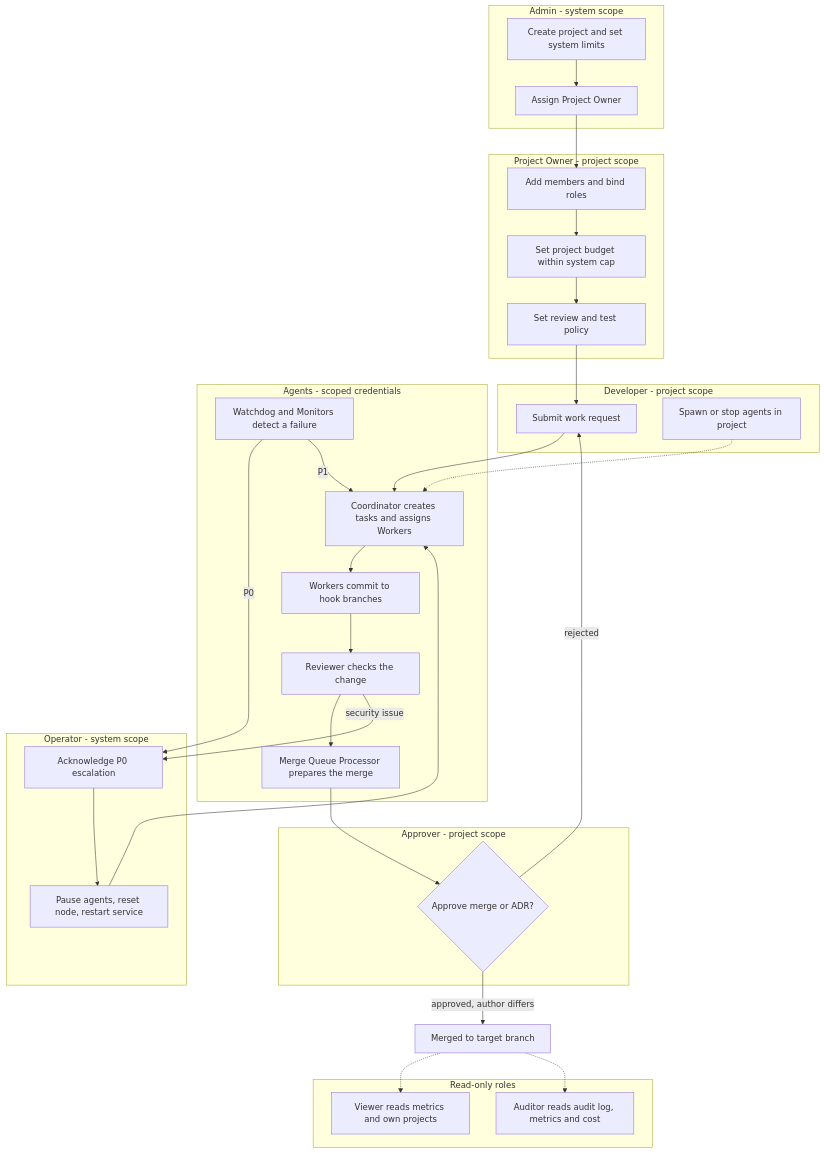
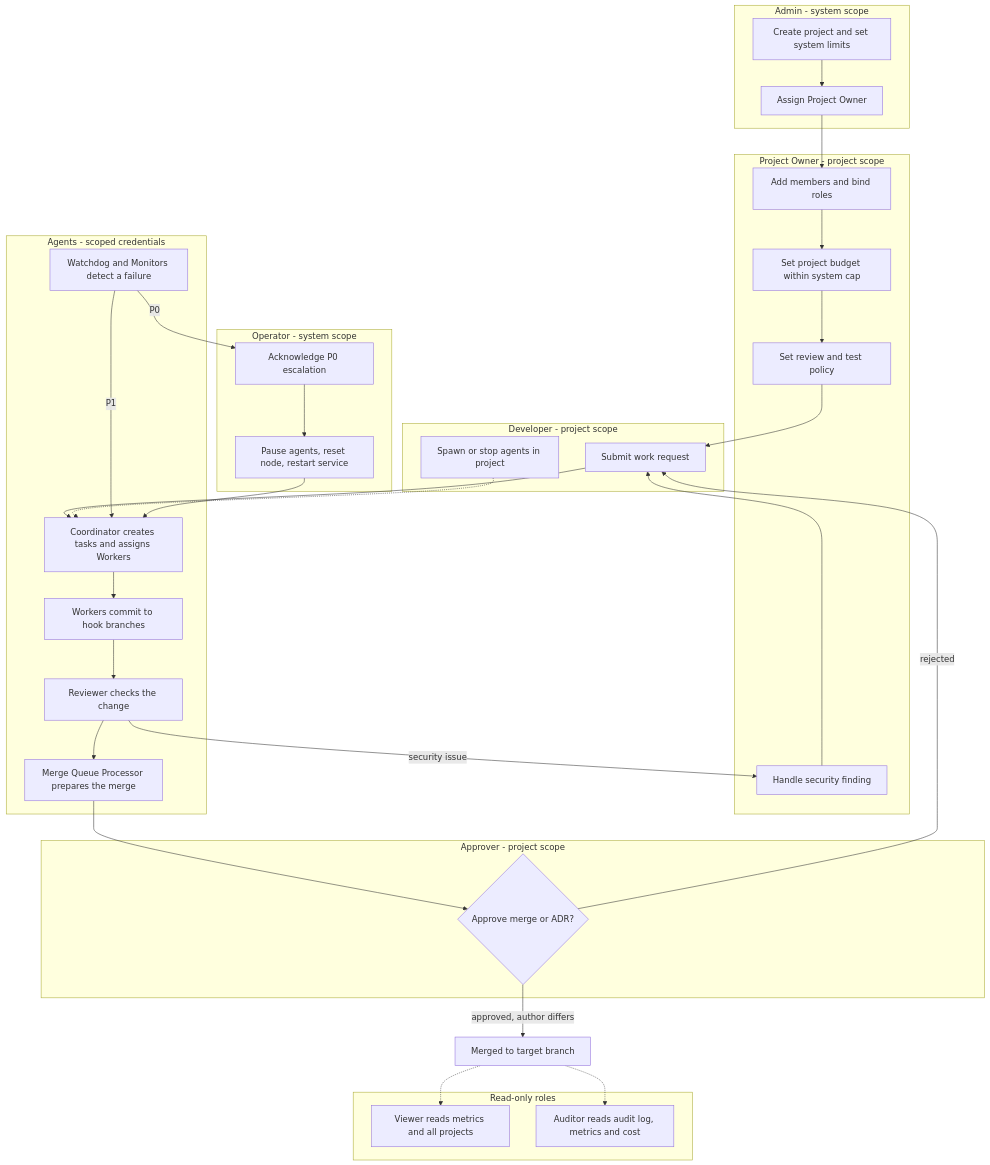
The diagram in modularisation-assessment.md (plaktoz/agentzero-v2-dev), drawn with Mermaid before and after one commit. The commit also changed other lines of this file and 17 other files, not shown here.

````diff
--- a/modularisation-assessment.md
+++ b/modularisation-assessment.md
@@ -332,52 +336,54 @@
 ```mermaid
 flowchart TB
     subgraph ADM["Admin - system scope"]
         A1["Create project and set system limits"]
         A2["Assign Project Owner"]
     end
 
     subgraph OWN["Project Owner - project scope"]
         O1["Add members and bind roles"]
         O2["Set project budget within system cap"]
         O3["Set review and test policy"]
+        O4["Handle security finding"]
     end
 
     subgraph DEV["Developer - project scope"]
         D1["Submit work request"]
         D2["Spawn or stop agents in project"]
     end
 
     subgraph AGT["Agents - scoped credentials"]
         G1["Coordinator creates tasks and assigns Workers"]
         G2["Workers commit to hook branches"]
         G3["Reviewer checks the change"]
         G4["Merge Queue Processor prepares the merge"]
         G5["Watchdog and Monitors detect a failure"]
     end
 
     subgraph APR["Approver - project scope"]
         P1{"Approve merge or ADR?"}
     end
 
     subgraph OPS["Operator - system scope"]
         X1["Acknowledge P0 escalation"]
         X2["Pause agents, reset node, restart service"]
     end
 
     subgraph RO["Read-only roles"]
-        V1["Viewer reads metrics and own projects"]
+        V1["Viewer reads metrics and all projects"]
         U1["Auditor reads audit log, metrics and cost"]
     end
 
     A1 --> A2 --> O1 --> O2 --> O3
     O3 --> D1 --> G1 --> G2 --> G3 --> G4 --> P1
     D2 -.-> G1
     P1 -- "approved, author differs" --> M["Merged to target branch"]
     P1 -- "rejected" --> D1
-    G3 -- "security issue" --> X1
+    G3 -- "security issue" --> O4
+    O4 --> D1
     G5 -- "P0" --> X1
     G5 -- "P1" --> G1
     X1 --> X2 --> G1
     M -.-> V1
     M -.-> U1
 ```
````
